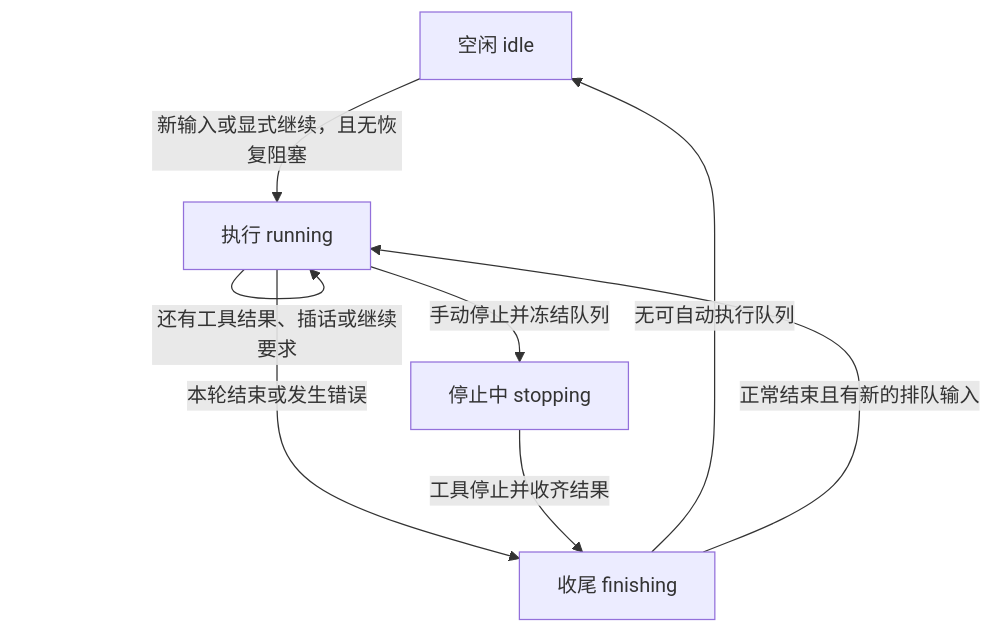
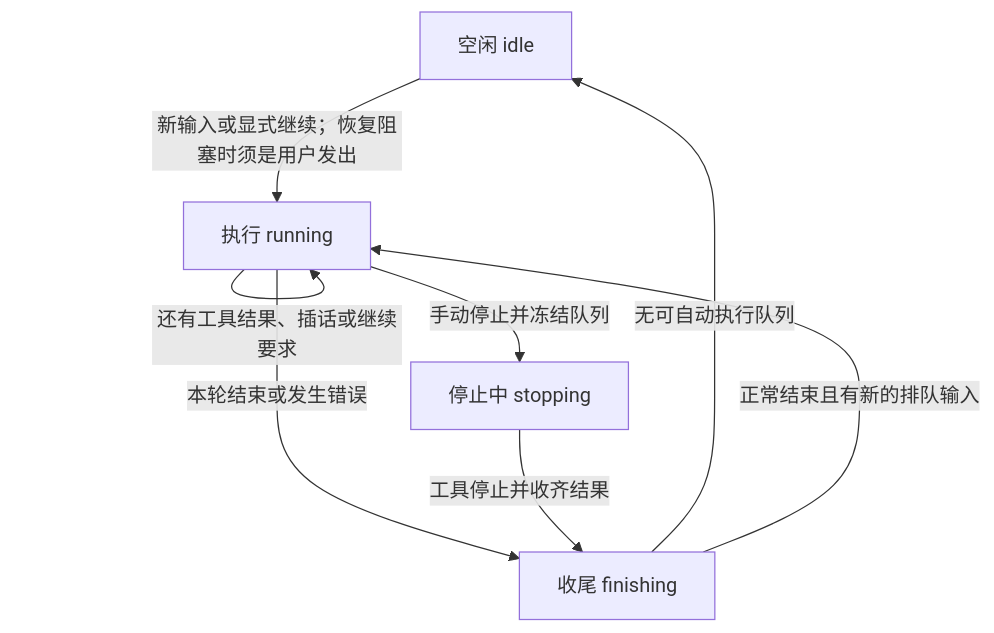
The diagram in docs/会话状态机.md (sainner/Kite), drawn with Mermaid before and after one commit. The commit also changed other lines of this file and 22 other files, not shown here.

````diff
--- a/docs/会话状态机.md
+++ b/docs/会话状态机.md
@@ -34,10 +34,10 @@
 ```mermaid
 flowchart TD
-    I[空闲 idle] -->|新输入或显式继续，且无恢复阻塞| R[执行 running]
+    I[空闲 idle] -->|新输入或显式继续；恢复阻塞时须是用户发出| R[执行 running]
     R -->|还有工具结果、插话或继续要求| R
     R -->|本轮结束或发生错误| F[收尾 finishing]
     R -->|手动停止并冻结队列| S[停止中 stopping]
     S -->|工具停止并收齐结果| F
     F -->|无可自动执行队列| I
     F -->|正常结束且有新的排队输入| R
 ```
````
